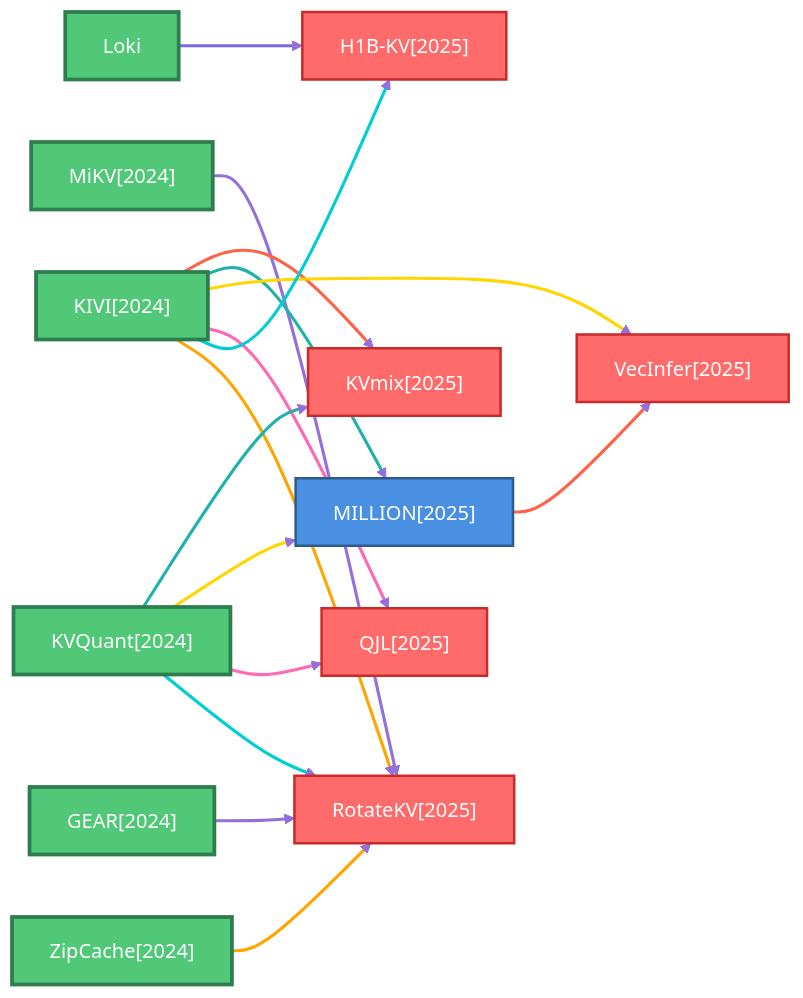
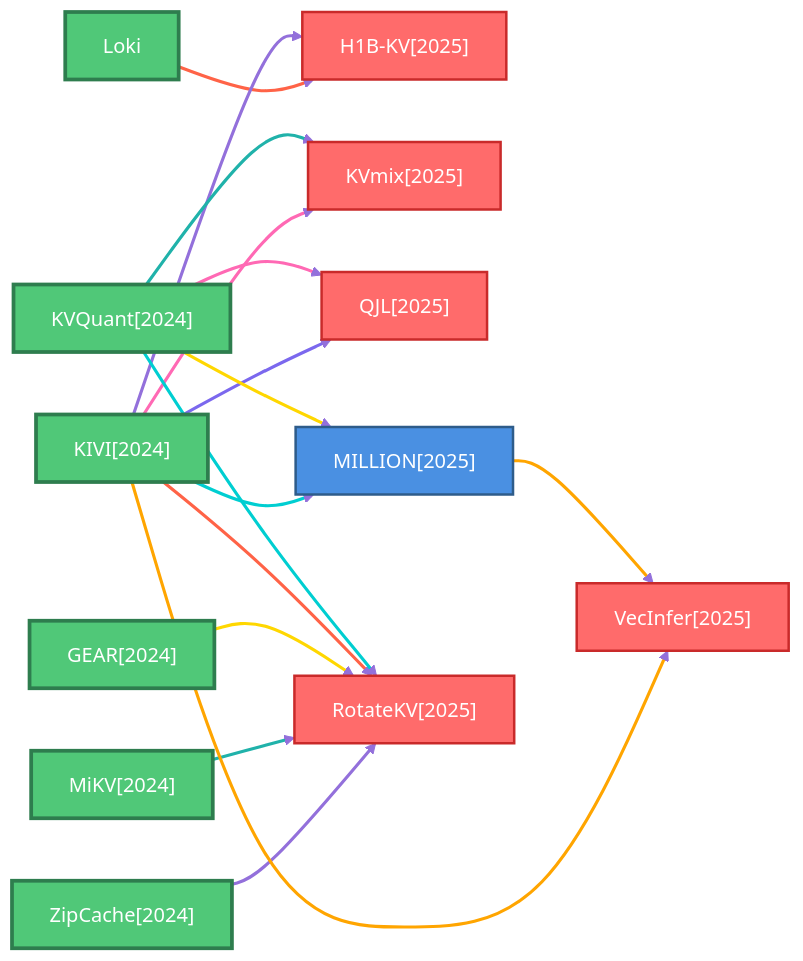
One commit to hustzxd/EfficientPaper changed the fifth of 6 diagrams in docs/baseline_methods_graph.md. Above: the diagram before and after it, drawn with Mermaid. The commit also changed other lines of this file and 9 other files, not shown here.

````diff
--- a/docs/baseline_methods_graph.md
+++ b/docs/baseline_methods_graph.md
@@ -239,63 +239,63 @@
 ```mermaid
 flowchart LR
     classDef defaultNode fill:#4A90E2,stroke:#2E5C8A,stroke-width:2px,color:#fff
     classDef rootNode fill:#50C878,stroke:#2E7D4E,stroke-width:3px,color:#fff
     classDef leafNode fill:#FF6B6B,stroke:#C92A2A,stroke-width:2px,color:#fff
     linkStyle default stroke:#9370DB,stroke-width:2px
 
+    2025_H1B_KV["H1B-KV[2025]"]
+    class 2025_H1B_KV leafNode
+    2024_ZipCache["ZipCache[2024]"]
+    class 2024_ZipCache rootNode
+    Loki["Loki"]
+    class Loki rootNode
+    2024_MiKV["MiKV[2024]"]
+    class 2024_MiKV rootNode
     2025_KVmix["KVmix[2025]"]
     class 2025_KVmix leafNode
+    2024_GEAR["GEAR[2024]"]
+    class 2024_GEAR rootNode
     2025_QJL["QJL[2025]"]
     class 2025_QJL leafNode
-    2024_MiKV["MiKV[2024]"]
-    class 2024_MiKV rootNode
     2024_KIVI["KIVI[2024]"]
     class 2024_KIVI rootNode
-    Loki["Loki"]
-    class Loki rootNode
-    2025_H1B_KV["H1B-KV[2025]"]
-    class 2025_H1B_KV leafNode
-    2024_GEAR["GEAR[2024]"]
-    class 2024_GEAR rootNode
+    2024_KVQuant["KVQuant[2024]"]
+    class 2024_KVQuant rootNode
+    2025_MILLION["MILLION[2025]"]
+    class 2025_MILLION defaultNode
+    2025_VecInfer["VecInfer[2025]"]
+    class 2025_VecInfer leafNode
     2025_RotateKV["RotateKV[2025]"]
     class 2025_RotateKV leafNode
-    2025_VecInfer["VecInfer[2025]"]
-    class 2025_VecInfer leafNode
-    2025_MILLION["MILLION[2025]"]
-    class 2025_MILLION defaultNode
-    2024_KVQuant["KVQuant[2024]"]
-    class 2024_KVQuant rootNode
-    2024_ZipCache["ZipCache[2024]"]
-    class 2024_ZipCache rootNode
 
+    2024_ZipCache ==>|" "| 2025_RotateKV
+    linkStyle 0 stroke:#9370DB,stroke-width:2.5px
+    Loki ==>|" "| 2025_H1B_KV
+    linkStyle 1 stroke:#FF6347,stroke-width:2.5px
     2024_MiKV ==>|" "| 2025_RotateKV
-    linkStyle 0 stroke:#9370DB,stroke-width:2.5px
+    linkStyle 2 stroke:#20B2AA,stroke-width:2.5px
+    2024_GEAR ==>|" "| 2025_RotateKV
+    linkStyle 3 stroke:#FFD700,stroke-width:2.5px
     2024_KIVI ==>|" "| 2025_KVmix
-    linkStyle 1 stroke:#FF6347,stroke-width:2.5px
+    linkStyle 4 stroke:#FF69B4,stroke-width:2.5px
     2024_KIVI ==>|" "| 2025_MILLION
-    linkStyle 2 stroke:#20B2AA,stroke-width:2.5px
+    linkStyle 5 stroke:#00CED1,stroke-width:2.5px
     2024_KIVI ==>|" "| 2025_VecInfer
-    linkStyle 3 stroke:#FFD700,stroke-width:2.5px
+    linkStyle 6 stroke:#FFA500,stroke-width:2.5px
     2024_KIVI ==>|" "| 2025_QJL
-    linkStyle 4 stroke:#FF69B4,stroke-width:2.5px
+    linkStyle 7 stroke:#7B68EE,stroke-width:2.5px
     2024_KIVI ==>|" "| 2025_H1B_KV
-    linkStyle 5 stroke:#00CED1,stroke-width:2.5px
+    linkStyle 8 stroke:#9370DB,stroke-width:2.5px
     2024_KIVI ==>|" "| 2025_RotateKV
-    linkStyle 6 stroke:#FFA500,stroke-width:2.5px
-    Loki ==>|" "| 2025_H1B_KV
-    linkStyle 7 stroke:#7B68EE,stroke-width:2.5px
-    2024_GEAR ==>|" "| 2025_RotateKV
-    linkStyle 8 stroke:#9370DB,stroke-width:2.5px
-    2025_MILLION ==>|" "| 2025_VecInfer
     linkStyle 9 stroke:#FF6347,stroke-width:2.5px
     2024_KVQuant ==>|" "| 2025_KVmix
     linkStyle 10 stroke:#20B2AA,stroke-width:2.5px
     2024_KVQuant ==>|" "| 2025_MILLION
     linkStyle 11 stroke:#FFD700,stroke-width:2.5px
     2024_KVQuant ==>|" "| 2025_QJL
     linkStyle 12 stroke:#FF69B4,stroke-width:2.5px
     2024_KVQuant ==>|" "| 2025_RotateKV
     linkStyle 13 stroke:#00CED1,stroke-width:2.5px
-    2024_ZipCache ==>|" "| 2025_RotateKV
+    2025_MILLION ==>|" "| 2025_VecInfer
     linkStyle 14 stroke:#FFA500,stroke-width:2.5px
 ```
````
